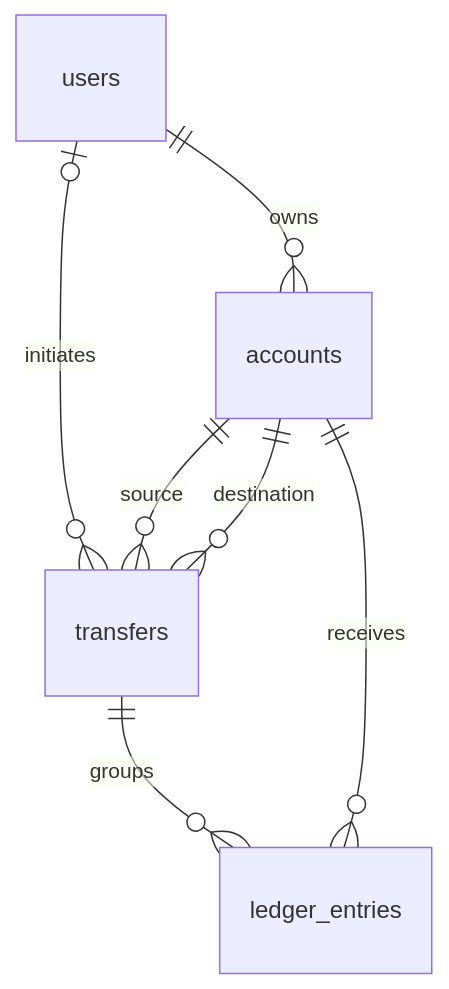
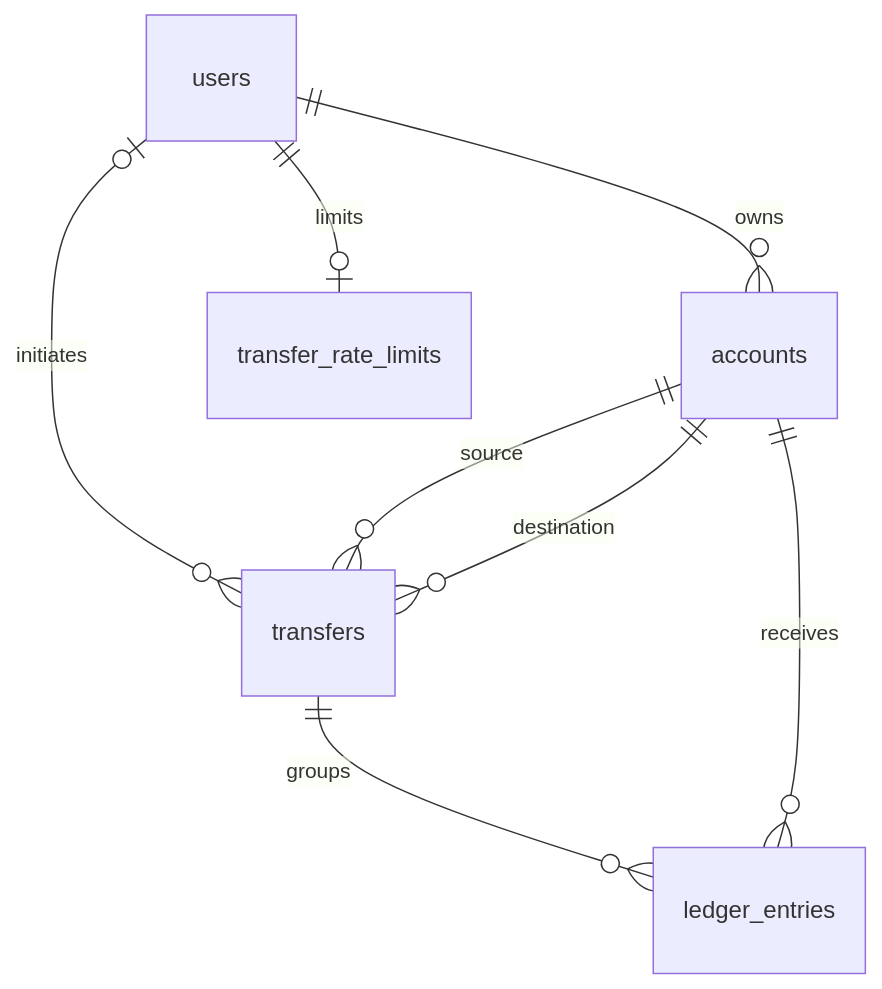
Before and after one commit to ptfeya/ledgerlite: the diagram in droid-wiki/reference/data-models.md, drawn with Mermaid. The commit also changed other lines of this file and 20 other files, not shown here.

````diff
--- a/droid-wiki/reference/data-models.md
+++ b/droid-wiki/reference/data-models.md
@@ -7,9 +7,10 @@
 ```mermaid
 erDiagram
     users ||--o{ accounts : owns
+    users ||--o| transfer_rate_limits : limits
     users o|--o{ transfers : initiates
     accounts ||--o{ transfers : source
     accounts ||--o{ transfers : destination
     transfers ||--o{ ledger_entries : groups
     accounts ||--o{ ledger_entries : receives
 ```
````
